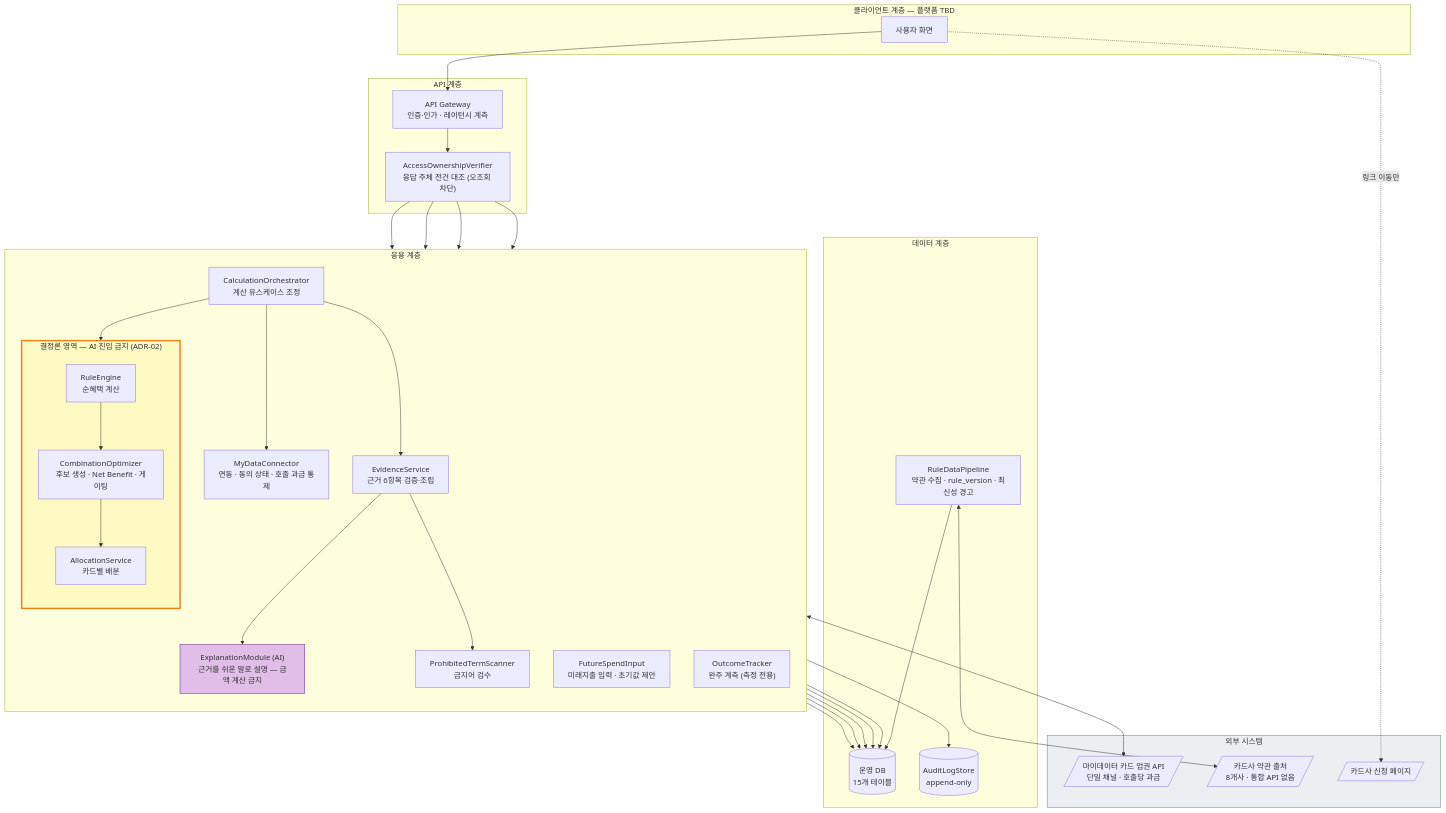
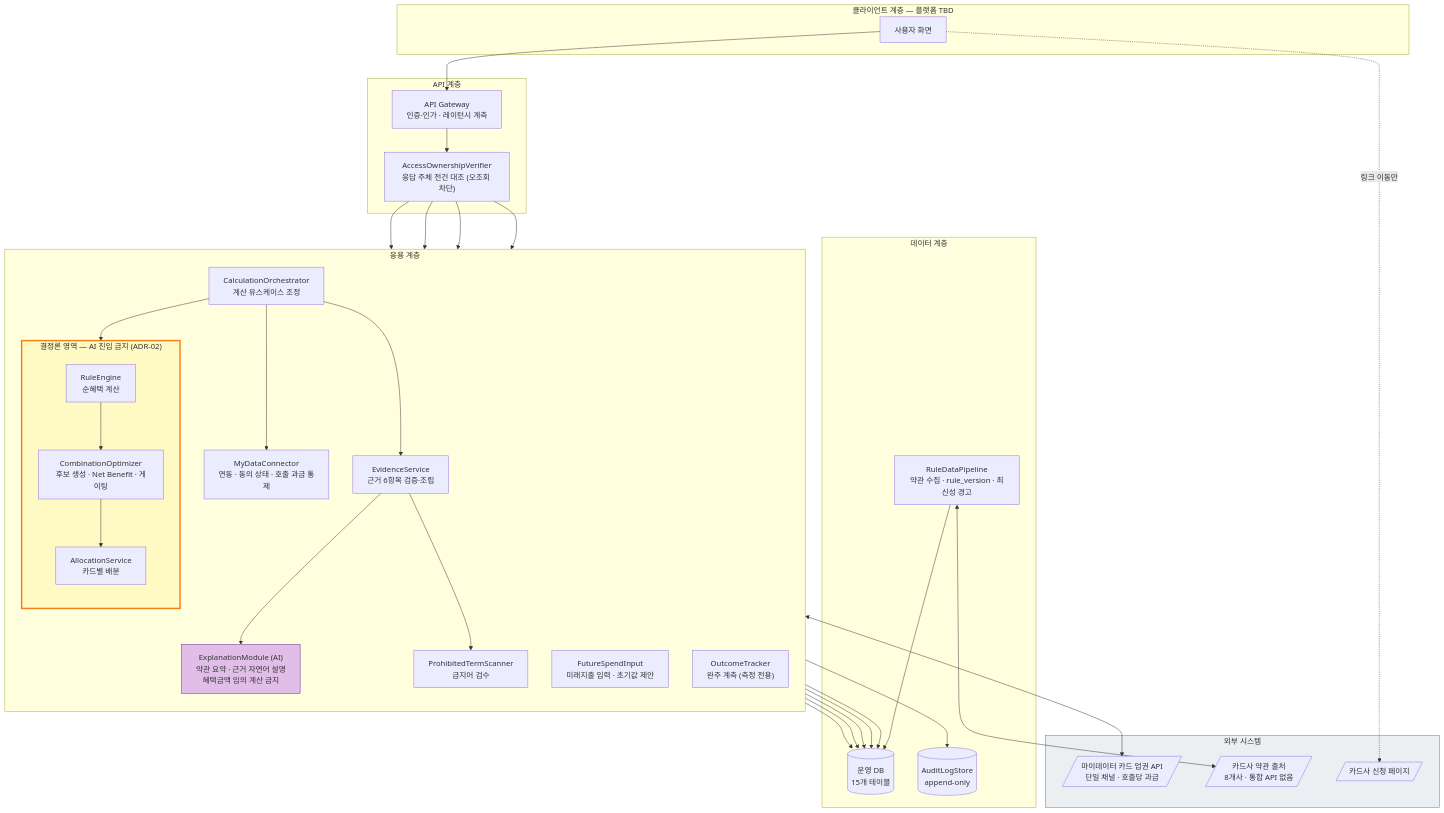
The third of 27 diagrams in cardfit-design-v1_0.md (maybeaj/cardfit-prd-to-srs), drawn with Mermaid before and after one commit. The commit also changed other lines of this file and 5 other files, not shown here.

````diff
--- a/cardfit-design-v1_0.md
+++ b/cardfit-design-v1_0.md
@@ -159,72 +159,72 @@
 ```mermaid
 flowchart TB
     subgraph CLIENT["클라이언트 계층 — 플랫폼 TBD"]
         UI["사용자 화면"]
     end
 
     subgraph API["API 계층"]
         GW["API Gateway<br/>인증·인가 · 레이턴시 계측"]
         OWN["AccessOwnershipVerifier<br/>응답 주체 전건 대조 (오조회 차단)"]
     end
 
     subgraph APP["응용 계층"]
         direction TB
         INPUT["FutureSpendInput<br/>미래지출 입력 · 초기값 제안"]
         CONN["MyDataConnector<br/>연동 · 동의 상태 · 호출 과금 통제"]
         ORCH["CalculationOrchestrator<br/>계산 유스케이스 조정"]
 
         subgraph DET["결정론 영역 — AI 진입 금지 (ADR-02)"]
             direction TB
             RULE["RuleEngine<br/>순혜택 계산"]
             OPT["CombinationOptimizer<br/>후보 생성 · Net Benefit · 게이팅"]
             ALLOC["AllocationService<br/>카드별 배분"]
         end
 
         EVID["EvidenceService<br/>근거 6항목 검증·조립"]
-        EXPL["ExplanationModule (AI)<br/>근거를 쉬운 말로 설명 — 금액 계산 금지"]
+        EXPL["ExplanationModule (AI)<br/>약관 요약 · 근거 자연어 설명<br/>혜택금액 임의 계산 금지"]
         TRACK["OutcomeTracker<br/>완주 계측 (측정 전용)"]
         SCAN["ProhibitedTermScanner<br/>금지어 검수"]
     end
 
     subgraph DATA["데이터 계층"]
         PIPE["RuleDataPipeline<br/>약관 수집 · rule_version · 최신성 경고"]
         DB[("운영 DB<br/>15개 테이블")]
         AUDIT[("AuditLogStore<br/>append-only")]
     end
 
     subgraph EXT["외부 시스템"]
         MYDATA[/"마이데이터 카드 업권 API<br/>단일 채널 · 호출당 과금"/]
         TERMS[/"카드사 약관 출처<br/>8개사 · 통합 API 없음"/]
         ISSUER[/"카드사 신청 페이지"/]
     end
 
     UI --> GW
     GW --> OWN
     OWN --> INPUT
     OWN --> ORCH
     OWN --> EVID
     OWN --> TRACK
 
     ORCH --> CONN
     ORCH --> RULE
     RULE --> OPT
     OPT --> ALLOC
     ORCH --> EVID
     EVID --> EXPL
     EVID --> SCAN
 
     CONN <--> MYDATA
     PIPE <--> TERMS
     PIPE --> DB
     RULE --> DB
     OPT --> DB
     ALLOC --> DB
     TRACK --> DB
     INPUT --> DB
     ORCH --> AUDIT
     UI -.->|"링크 이동만"| ISSUER
 
     style DET fill:#FFF9C4,stroke:#F57F17,stroke-width:3px
     style EXPL fill:#E1BEE7,stroke:#6A1B9A
     style EXT fill:#ECEFF1,stroke:#607D8B
 ```
````
